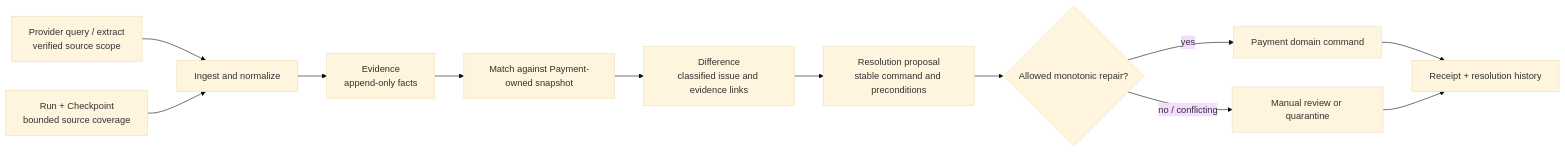
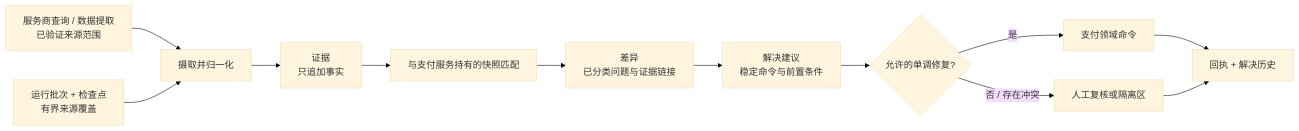
The first of 3 diagrams in part-4-operating-at-scale/reconciliation.md (YouEclipse/Designing-Modern-Payment-Systems), drawn with Mermaid (base theme) before and after one commit. The commit also changed other lines of this file and 59 other files, not shown here.

````diff
--- a/part-4-operating-at-scale/reconciliation.md
+++ b/part-4-operating-at-scale/reconciliation.md
@@ -111,14 +111,14 @@
 ```mermaid
 flowchart LR
-    S["Provider query / extract<br/>verified source scope"] --> I["Ingest and normalize"]
-    I --> E["Evidence<br/>append-only facts"]
-    R["Run + Checkpoint<br/>bounded source coverage"] --> I
-    E --> M["Match against Payment-owned snapshot"]
-    M --> D["Difference<br/>classified issue and evidence links"]
-    D --> P["Resolution proposal<br/>stable command and preconditions"]
-    P --> A{"Allowed monotonic repair?"}
-    A -->|"yes"| C["Payment domain command"]
-    A -->|"no / conflicting"| Q["Manual review or quarantine"]
-    C --> O["Receipt + resolution history"]
+    S["服务商查询 / 数据提取<br/>已验证来源范围"] --> I["摄取并归一化"]
+    I --> E["证据<br/>只追加事实"]
+    R["运行批次 + 检查点<br/>有界来源覆盖"] --> I
+    E --> M["与支付服务持有的快照匹配"]
+    M --> D["差异<br/>已分类问题与证据链接"]
+    D --> P["解决建议<br/>稳定命令与前置条件"]
+    P --> A{"允许的单调修复?"}
+    A -->|"是"| C["支付领域命令"]
+    A -->|"否 / 存在冲突"| Q["人工复核或隔离区"]
+    C --> O["回执 + 解决历史"]
     Q --> O
 ```
````
